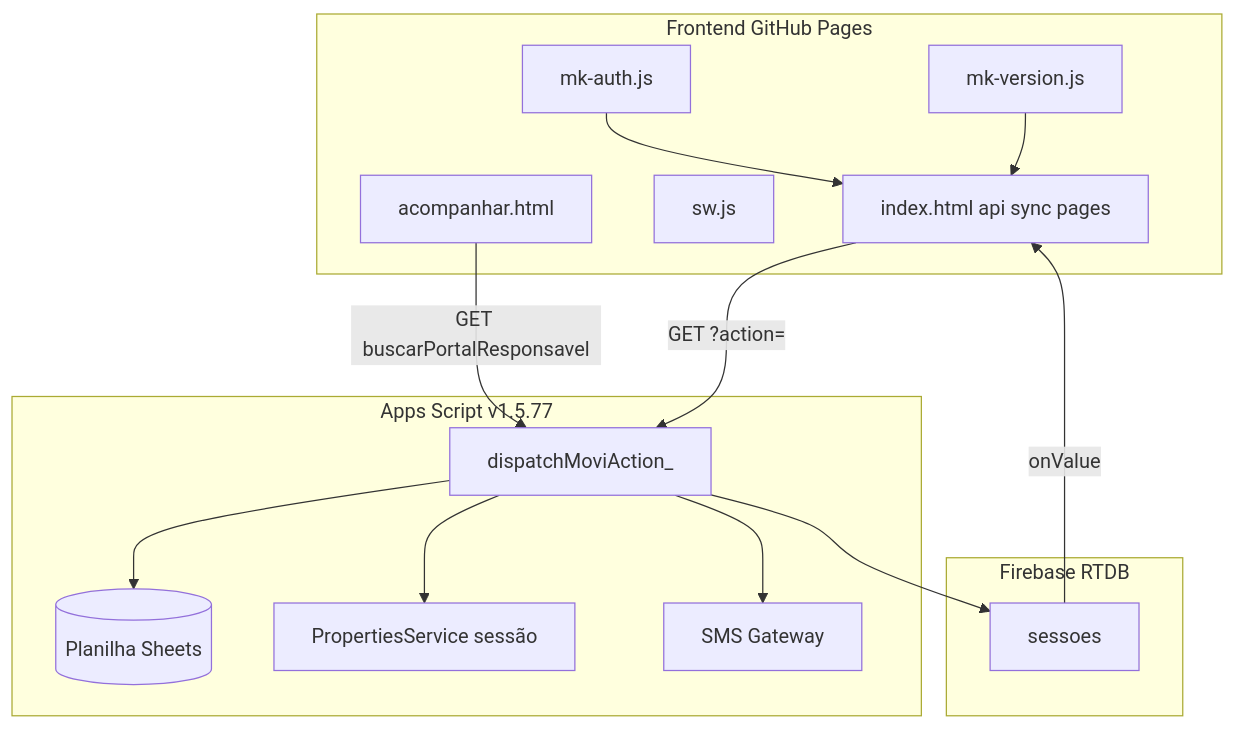
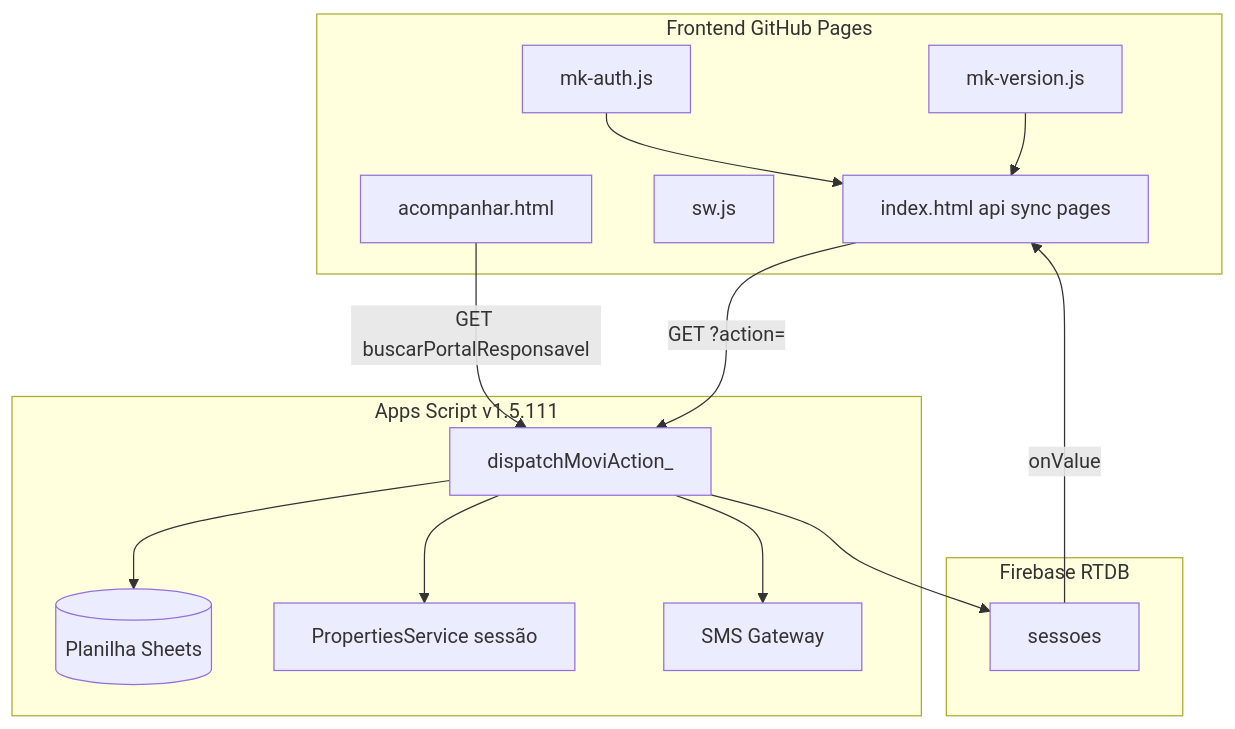
One commit to ribocg-a11y/movikids changed the first of 4 diagrams in docs/ativos/MAPA_CODIGO_ARQUITETURA.md. Above: the diagram before and after it, drawn with Mermaid. The commit also changed other lines of this file and 23 other files, not shown here.

````diff
--- a/docs/ativos/MAPA_CODIGO_ARQUITETURA.md
+++ b/docs/ativos/MAPA_CODIGO_ARQUITETURA.md
@@ -86,28 +90,28 @@
 ```mermaid
 flowchart TB
   subgraph FE["Frontend GitHub Pages"]
     MV[mk-version.js]
     AUTH[mk-auth.js]
     IDX[index.html api sync pages]
     SW[sw.js]
     PORT[acompanhar.html]
   end
-  subgraph GAS["Apps Script v1.5.77"]
+  subgraph GAS["Apps Script v1.5.111"]
     RT[dispatchMoviAction_]
     SH[(Planilha Sheets)]
     PS[PropertiesService sessão]
     SMS[SMS Gateway]
   end
   subgraph RTDB["Firebase RTDB"]
     SESS[sessoes]
   end
   MV --> IDX
   AUTH --> IDX
   IDX -->|GET ?action=| RT
   RT --> SH
   RT --> PS
   RT --> SMS
   RT --> SESS
   SESS -->|onValue| IDX
   PORT -->|GET buscarPortalResponsavel| RT
 ```
````
